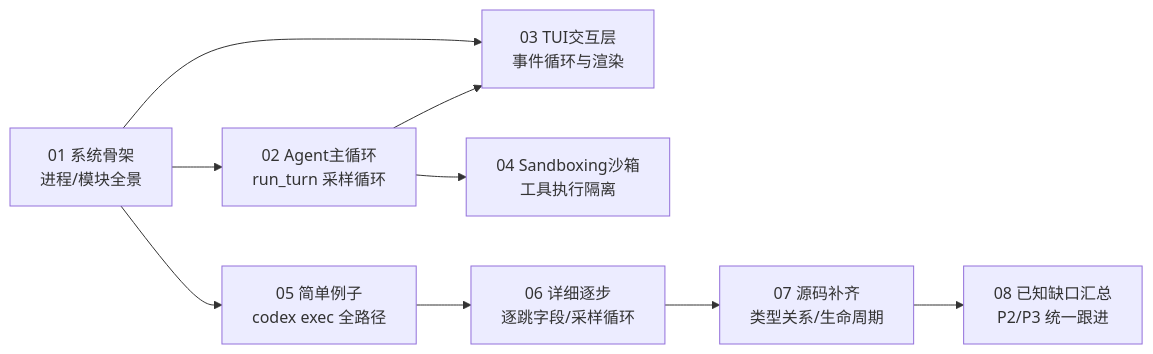
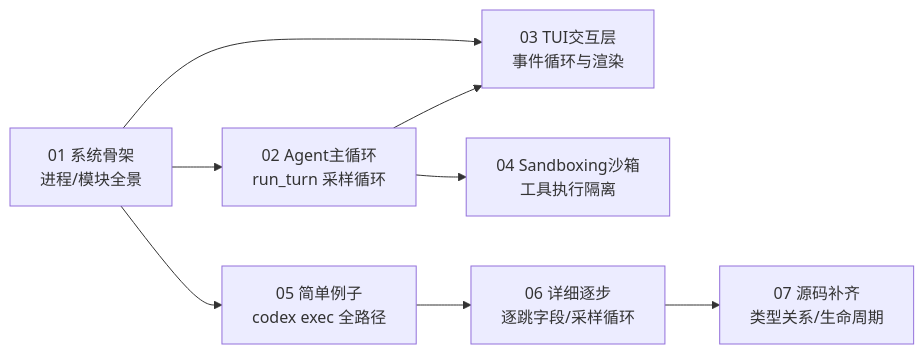
The diagram in docs/sourceReader1/README.md (adrian9778/codex), drawn with Mermaid before and after one commit. The commit also changed other lines of this file and 6 other files, not shown here.

````diff
--- a/docs/sourceReader1/README.md
+++ b/docs/sourceReader1/README.md
@@ -22,11 +21,10 @@
 ```mermaid
 flowchart LR
     A["01 系统骨架<br/>进程/模块全景"] --> B["02 Agent主循环<br/>run_turn 采样循环"]
     A --> C["03 TUI交互层<br/>事件循环与渲染"]
     B --> C
     B --> D["04 Sandboxing沙箱<br/>工具执行隔离"]
     A --> E["05 简单例子<br/>codex exec 全路径"]
     E --> F["06 详细逐步<br/>逐跳字段/采样循环"]
     F --> G["07 源码补齐<br/>类型关系/生命周期"]
-    G --> H["08 已知缺口汇总<br/>P2/P3 统一跟进"]
 ```
````
